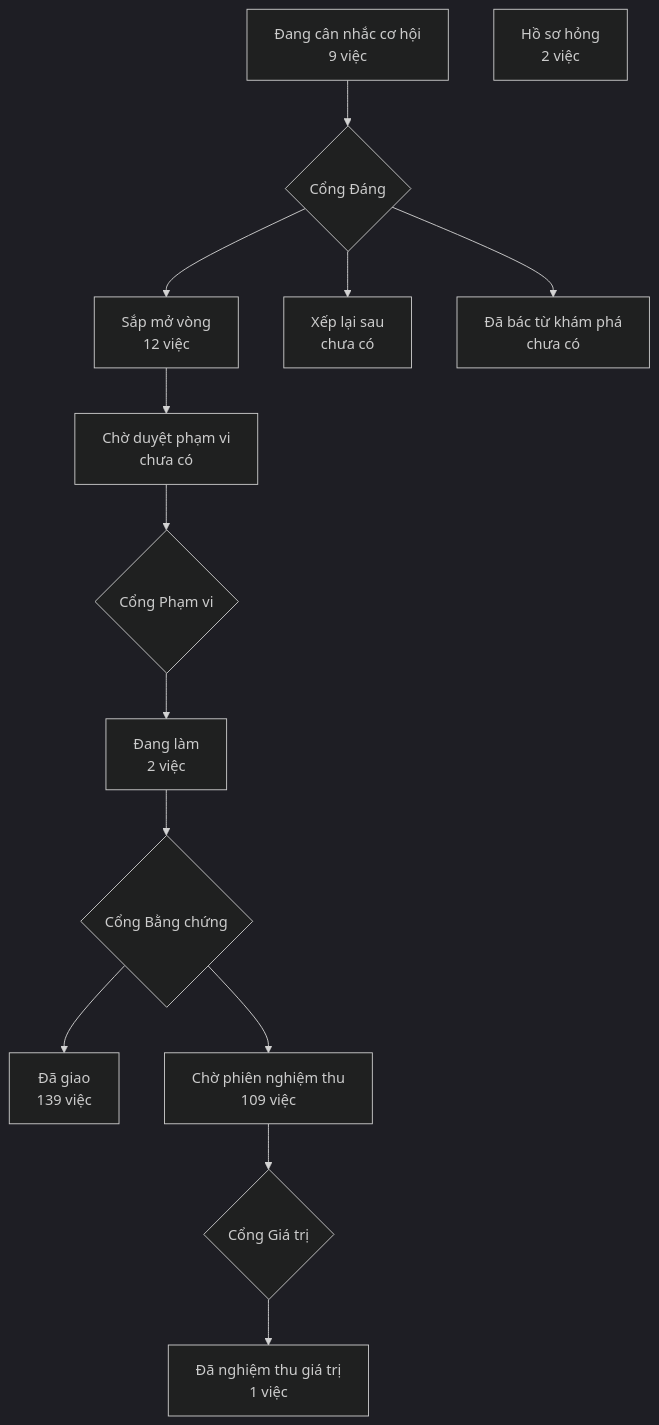
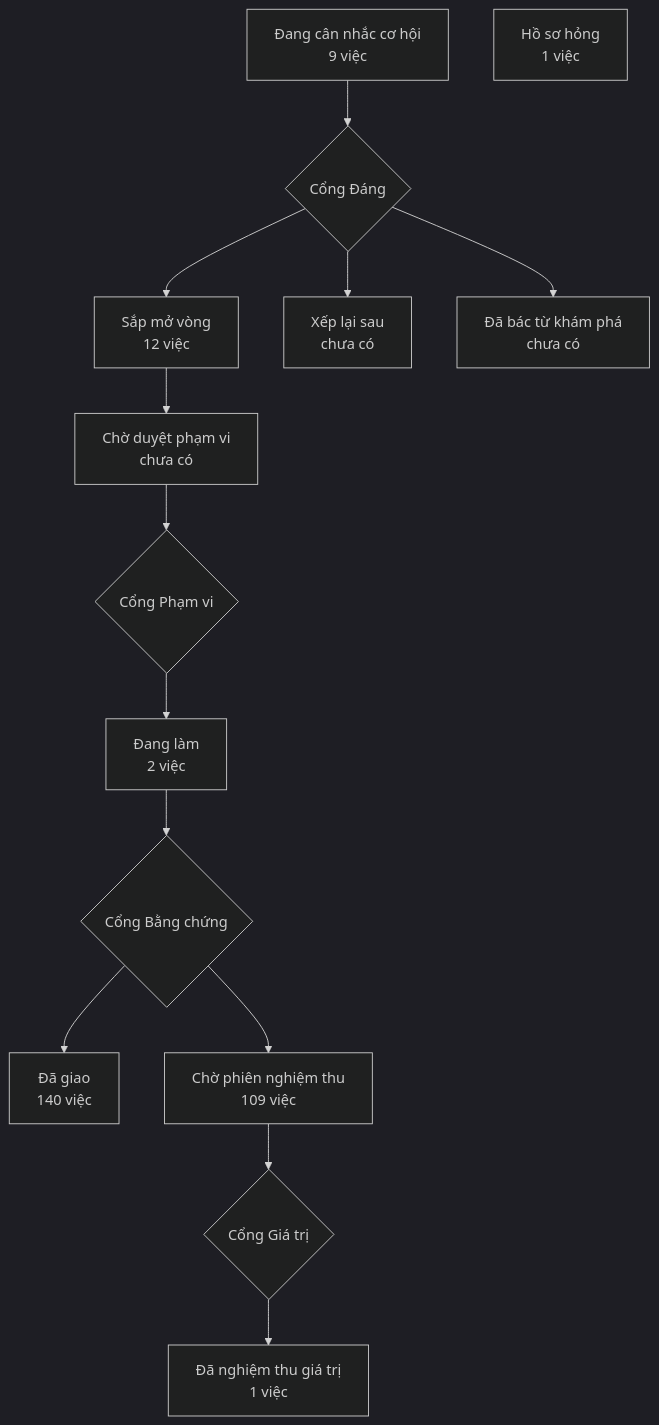
One commit to phanlemanh/crm-onehub changed the diagram in PRODUCT-MAP.md. Above: the diagram before and after it, drawn with Mermaid (dark theme). The commit also changed other lines of this file, not shown here.

Commit message:
chore(gieo-nguoi-chiu-song-song): vẽ lại bản đồ bằng bản kit đã chép trong kho (2.28)

````diff
--- a/PRODUCT-MAP.md
+++ b/PRODUCT-MAP.md
@@ -7,13 +7,13 @@
 ```mermaid
 flowchart TD
   A["Đang cân nhắc cơ hội<br/>9 việc"] --> GD{"Cổng Đáng"}
   GD --> B["Sắp mở vòng<br/>12 việc"]
   GD --> XL["Xếp lại sau<br/>chưa có"]
   GD --> DB["Đã bác từ khám phá<br/>chưa có"]
   B --> CD["Chờ duyệt phạm vi<br/>chưa có"] --> GP{"Cổng Phạm vi"}
   GP --> DL["Đang làm<br/>2 việc"] --> GB{"Cổng Bằng chứng"}
-  GB --> DG["Đã giao<br/>139 việc"]
+  GB --> DG["Đã giao<br/>140 việc"]
   GB --> CN["Chờ phiên nghiệm thu<br/>109 việc"] --> GG{"Cổng Giá trị"}
   GG --> NT["Đã nghiệm thu giá trị<br/>1 việc"]
-  HS["Hồ sơ hỏng<br/>2 việc"]
+  HS["Hồ sơ hỏng<br/>1 việc"]
 ```
````
